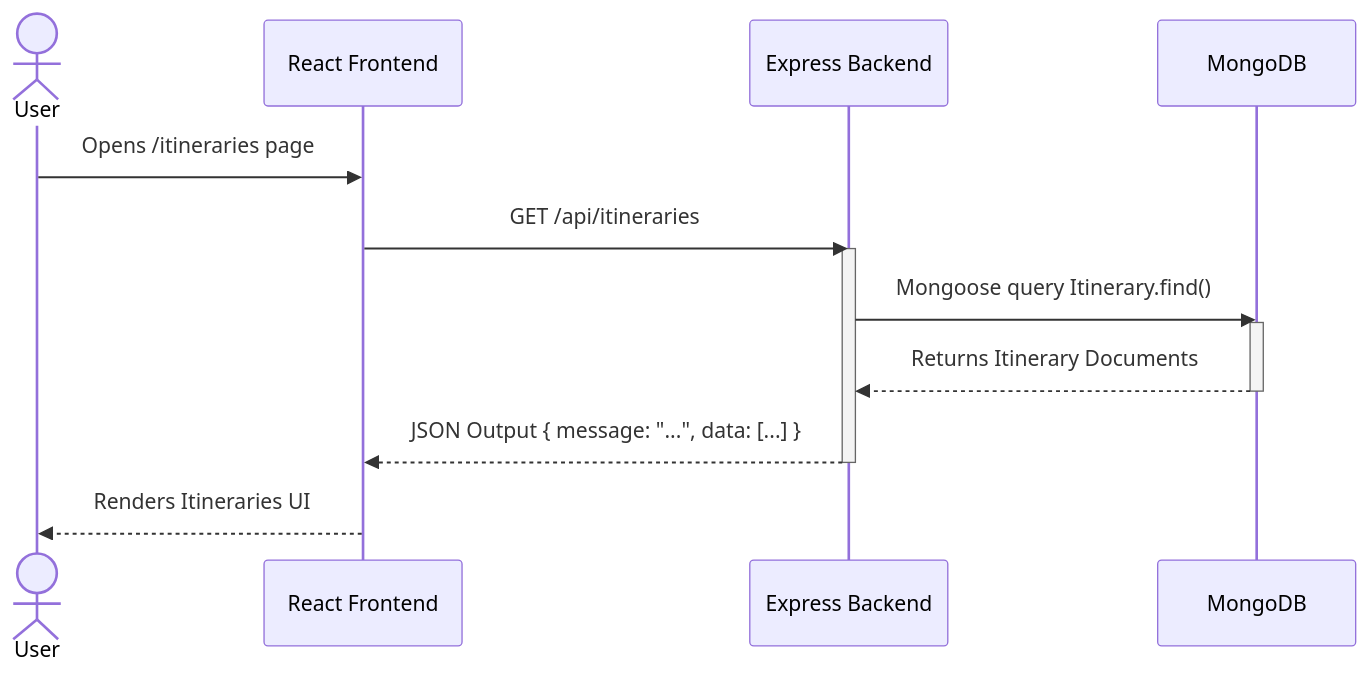
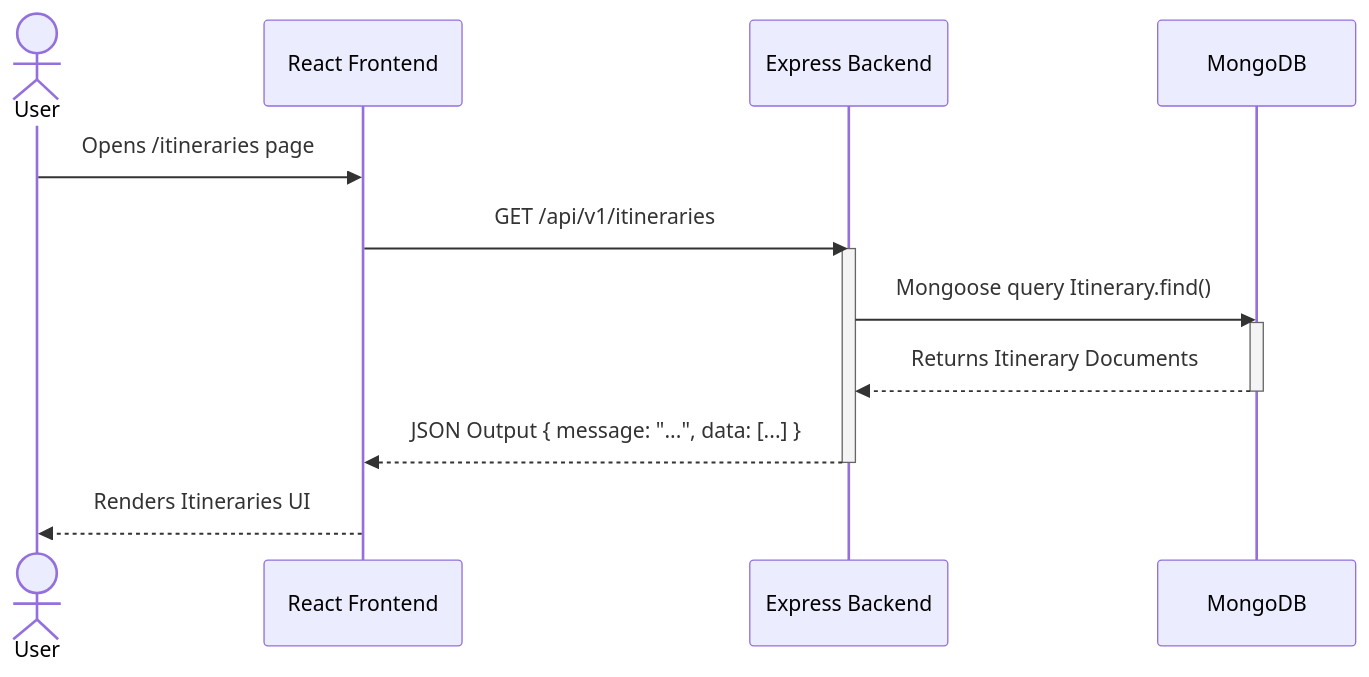
The second of 2 diagrams in ARCHITECTURE.md (Rubous-Tech-PVT-LTD/kashmir-travel-app), drawn with Mermaid before and after one commit. The commit also changed 3 other files, not shown here.

````diff
--- a/ARCHITECTURE.md
+++ b/ARCHITECTURE.md
@@ -37,18 +37,18 @@
 ```mermaid
 sequenceDiagram
     actor User
     participant Browser as React Frontend
     participant Server as Express Backend
     participant DB as MongoDB
 
     User->>Browser: Opens /itineraries page
-    Browser->>Server: GET /api/itineraries
+    Browser->>Server: GET /api/v1/itineraries
     activate Server
     Server->>DB: Mongoose query Itinerary.find()
     activate DB
     DB-->>Server: Returns Itinerary Documents
     deactivate DB
     Server-->>Browser: JSON Output { message: "...", data: [...] }
     deactivate Server
     Browser-->>User: Renders Itineraries UI
 ```
````
